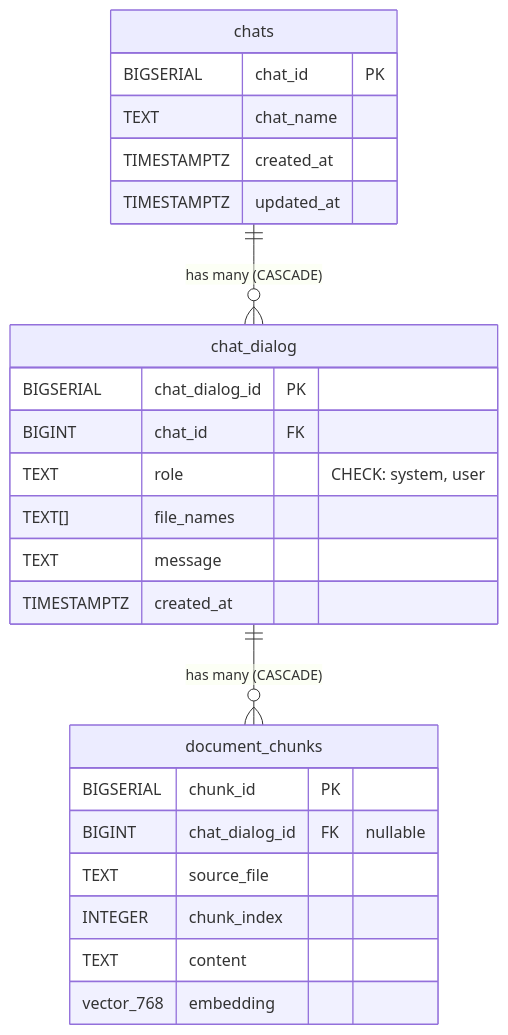
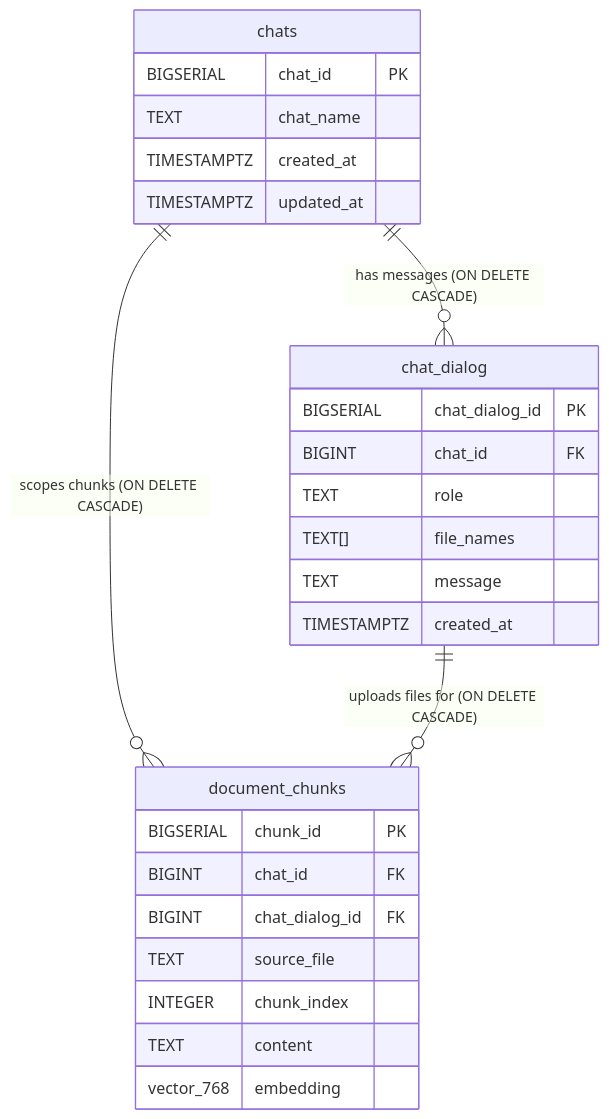
Before and after one commit to nickolasddiaz/COP-3604-High-Availability-Containerized-AI-Application-Deployment-Project: the second of 2 diagrams in README.md, drawn with Mermaid. The commit also changed other lines of this file and 8 other files, not shown here.

````diff
--- a/README.md
+++ b/README.md
@@ -120,30 +120,32 @@
 ```mermaid
 erDiagram
-    chats ||--o{ chat_dialog : "has many (CASCADE)"
-    chat_dialog ||--o{ document_chunks : "has many (CASCADE)"
+    chats ||--o{ chat_dialog : "has messages (ON DELETE CASCADE)"
+    chats ||--o{ document_chunks : "scopes chunks (ON DELETE CASCADE)"
+    chat_dialog ||--o{ document_chunks : "uploads files for (ON DELETE CASCADE)"
 
     chats {
         BIGSERIAL chat_id PK
         TEXT chat_name
         TIMESTAMPTZ created_at
         TIMESTAMPTZ updated_at
     }
 
     chat_dialog {
         BIGSERIAL chat_dialog_id PK
         BIGINT chat_id FK
-        TEXT role "CHECK: system, user"
+        TEXT role
         TEXT[] file_names
         TEXT message
         TIMESTAMPTZ created_at
     }
 
     document_chunks {
         BIGSERIAL chunk_id PK
-        BIGINT chat_dialog_id FK "nullable"
+        BIGINT chat_id FK
+        BIGINT chat_dialog_id FK
         TEXT source_file
         INTEGER chunk_index
         TEXT content
         vector_768 embedding
     }
 ```
````
